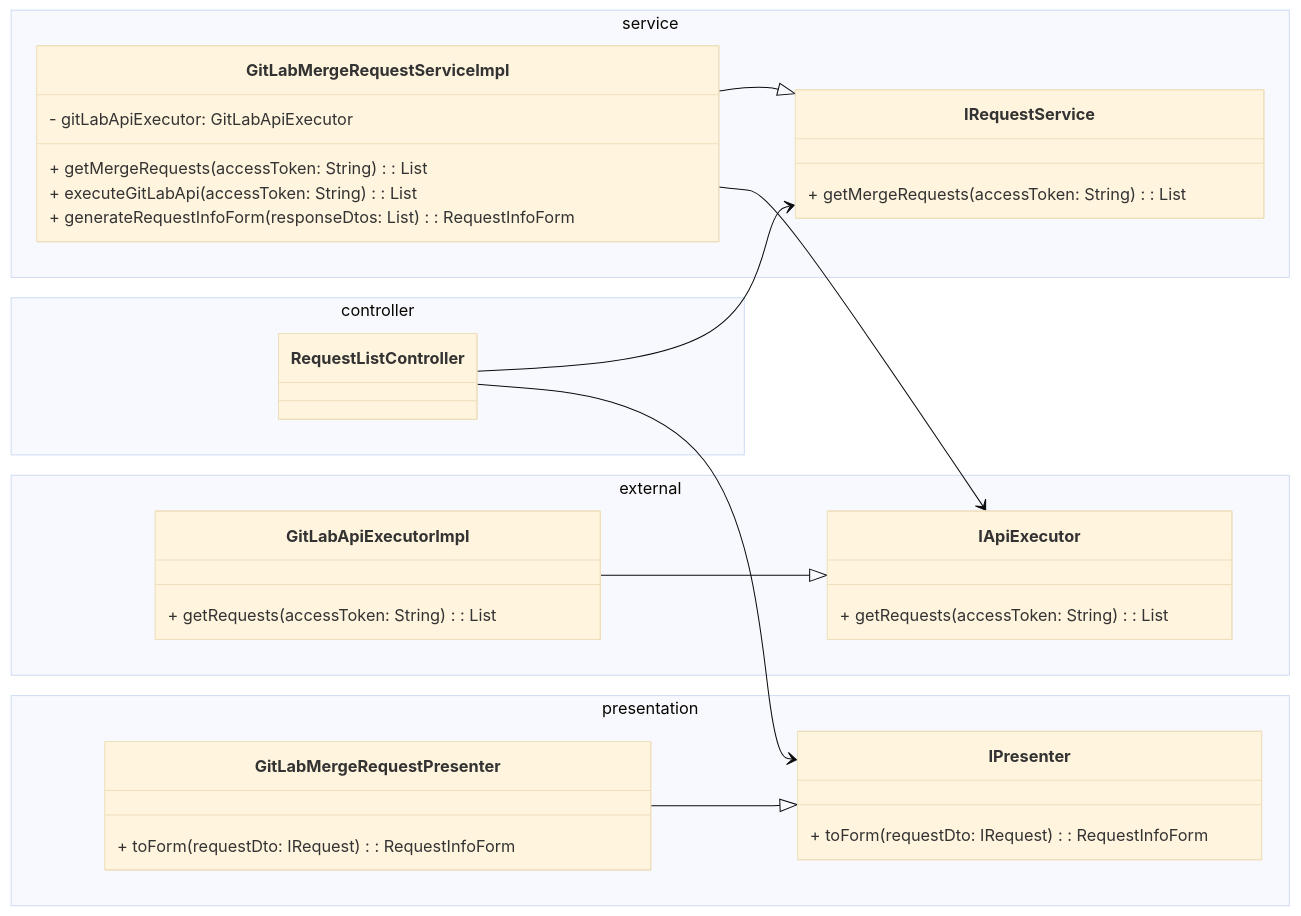
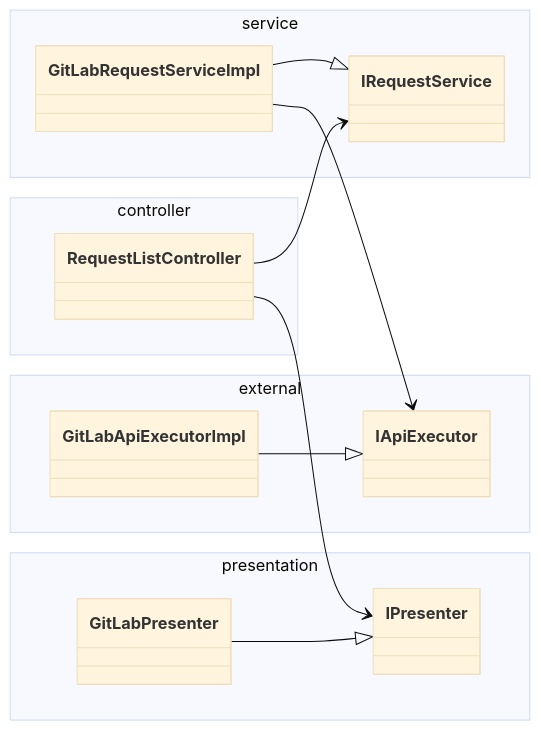
Before and after one commit to tttol/mrls: the diagram in documents/class_after.mmd, drawn with Mermaid (base theme). The commit also changed 1 other file, not shown here.

```diff
--- a/documents/class_after.mmd
+++ b/documents/class_after.mmd
@@ -1,50 +1,42 @@
 classDiagram
     direction LR
     namespace controller {
       class RequestListController
     }
     namespace service {
       class IRequestService {
-        + getMergeRequests(accessToken: String): List<RequestInfoForm>
       }
 
-      class GitLabMergeRequestServiceImpl {
-        - gitLabApiExecutor: GitLabApiExecutor
-        + getMergeRequests(accessToken: String): List<RequestInfoForm>
-        + executeGitLabApi(accessToken: String): List<GitLabMergeRequestApiResponseDto>
-        + generateRequestInfoForm(responseDtos: List<GitLabMergeRequestApiResponseDto>): RequestInfoForm
+      class GitLabRequestServiceImpl {
       }
     }
     namespace external {
       class IApiExecutor {
-        + getRequests(accessToken: String): List<GitLabMergeRequestApiResponseDto>
       }
 
       class GitLabApiExecutorImpl {
-        + getRequests(accessToken: String): List<GitLabMergeRequestApiResponseDto>
       }
     }
 
     namespace presentation {
       class IPresenter {
-        + toForm (requestDto: IRequest): RequestInfoForm
+
       }
 
-      class GitLabMergeRequestPresenter {
-        + toForm (requestDto: IRequest): RequestInfoForm
+      class GitLabPresenter {
       }
     }
 
     %% controller
     RequestListController --> IRequestService
     RequestListController --> IPresenter
 
     %% service
-    GitLabMergeRequestServiceImpl --|> IRequestService
-    GitLabMergeRequestServiceImpl --> IApiExecutor
+    GitLabRequestServiceImpl --|> IRequestService
+    GitLabRequestServiceImpl --> IApiExecutor
 
     %% external
     GitLabApiExecutorImpl --|> IApiExecutor
 
     %% presentation
-    GitLabMergeRequestPresenter --|> IPresenter
+    GitLabPresenter --|> IPresenter
```
